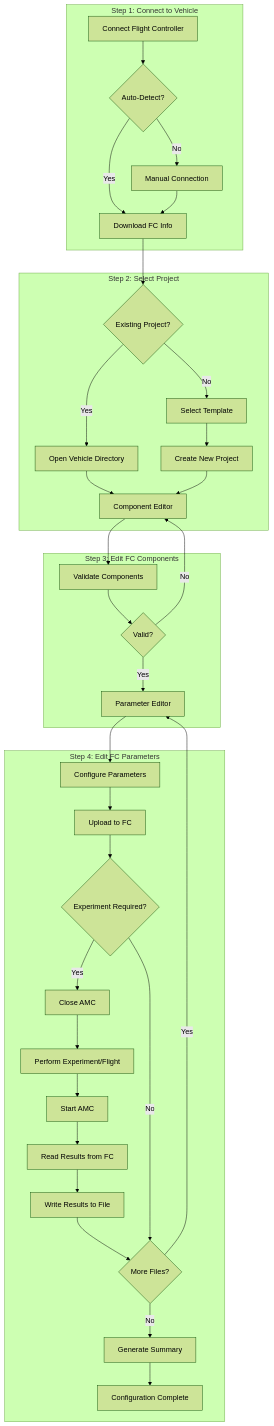
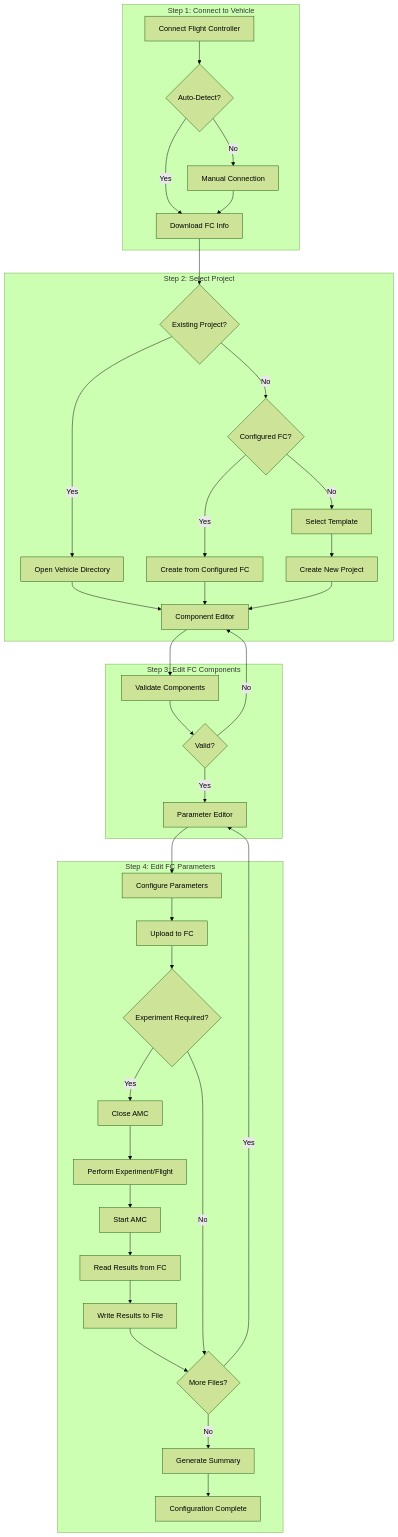
One commit to ArduPilot/MethodicConfigurator changed the first of 2 diagrams in USERMANUAL.md. Above: the diagram before and after it, drawn with Mermaid (forest theme). The commit also changed other lines of this file and 36 other files, not shown here.

First line of the commit message:
feat(project-creator): add configured flight controller workflow

````diff
--- a/USERMANUAL.md
+++ b/USERMANUAL.md
@@ -34,41 +34,44 @@
 ```mermaid
 flowchart TD
     subgraph "Step 1: Connect to Vehicle"
         A[Connect Flight Controller] --> B{Auto-Detect?}
         B -->|Yes| C[Download FC Info]
         B -->|No| D[Manual Connection]
         D --> C
     end
 
     subgraph "Step 2: Select Project"
         C --> E{Existing Project?}
         E -->|Yes| F[Open Vehicle Directory]
-        E -->|No| G[Select Template]
-        G --> H[Create New Project]
-        F --> I[Component Editor]
-        H --> I
+        E -->|No| G{Configured FC?}
+        G -->|Yes| H[Create from Configured FC]
+        G -->|No| I[Select Template]
+        I --> J[Create New Project]
+        F --> K[Component Editor]
+        H --> K
+        J --> K
     end
 
     subgraph "Step 3: Edit FC Components"
-        I --> J[Validate Components]
-        J --> K{Valid?}
-        K -->|No| I
-        K -->|Yes| L[Parameter Editor]
+        K --> L[Validate Components]
+        L --> M{Valid?}
+        M -->|No| K
+        M -->|Yes| N[Parameter Editor]
     end
 
     subgraph "Step 4: Edit FC Parameters"
-        L --> M[Configure Parameters]
-        M --> N[Upload to FC]
-        N --> O{Experiment Required?}
-        O -->|Yes| P[Close AMC]
-        P --> Q[Perform Experiment/Flight]
-        Q --> R[Start AMC]
-        R --> S[Read Results from FC]
-        S --> T[Write Results to File]
-        T --> U{More Files?}
-        O -->|No| U
-        U -->|Yes| L
-        U -->|No| V[Generate Summary]
-        V -->     W[Configuration Complete]
+        N --> O[Configure Parameters]
+        O --> P[Upload to FC]
+        P --> Q{Experiment Required?}
+        Q -->|Yes| R[Close AMC]
+        R --> S[Perform Experiment/Flight]
+        S --> T[Start AMC]
+        T --> U[Read Results from FC]
+        U --> V[Write Results to File]
+        V --> W{More Files?}
+        Q -->|No| W
+        W -->|Yes| N
+        W -->|No| X[Generate Summary]
+        X -->     Y[Configuration Complete]
     end
 ```
````
